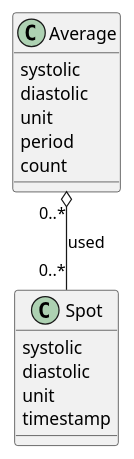
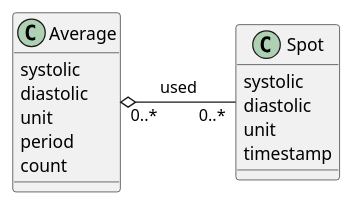
Before and after one commit to frankoemig/bloodpressure: the diagram in input/images-source/average_model.plantuml, drawn with PlantUML. The commit also changed 7 other files, not shown here.

```diff
--- a/input/images-source/average_model.plantuml
+++ b/input/images-source/average_model.plantuml
@@ -1,23 +1,23 @@
 @startuml
 
 
 
 class "Spot" as spot {
     systolic
     diastolic
     unit
     timestamp
 }
 
 
 class "Average" as avg {
     systolic
     diastolic
     unit
     period
     count
 }
 
-avg "0..*" o-down- "0..*" spot : used
+avg "0..*" o-right- "0..*" spot : "    used    "
 
 @enduml
```
